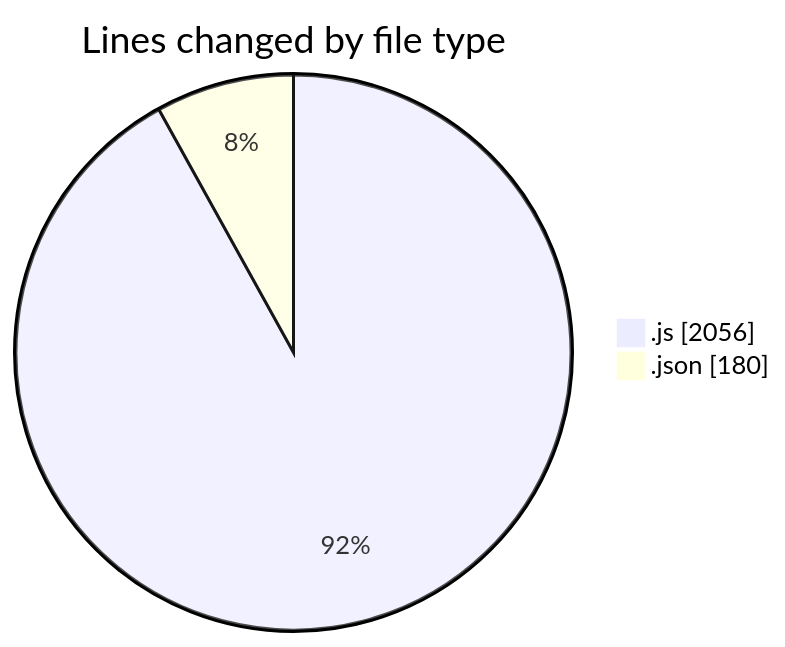
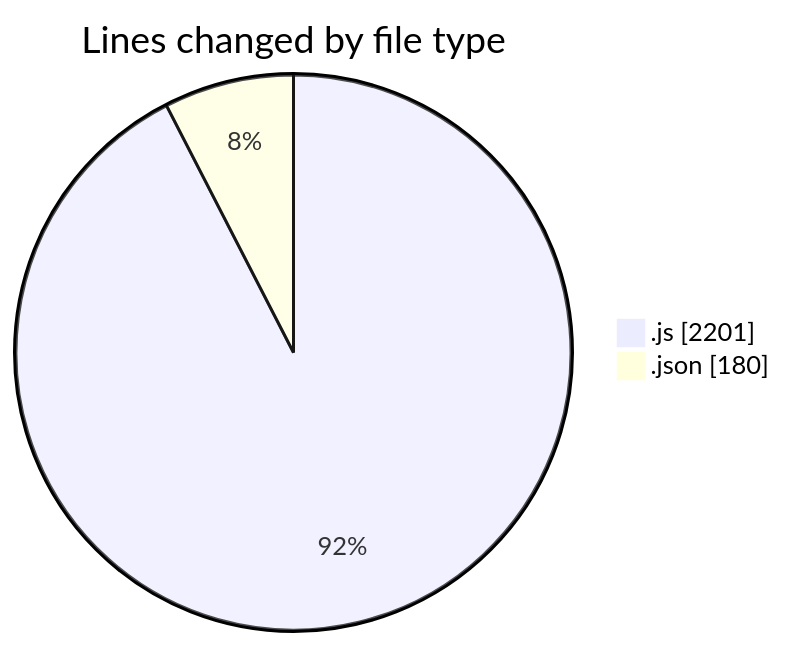
Before and after one commit to Ritupan-Deka/code-tracking: the first of 2 diagrams in 2025-08-03/javascript/README.md, drawn with Mermaid. The commit also changed other lines of this file and 1 other file, not shown here.

````diff
--- a/2025-08-03/javascript/README.md
+++ b/2025-08-03/javascript/README.md
@@ -22,6 +22,6 @@
 ```mermaid
 pie showData
 title Lines changed by file type
-".js" : 2056
+".js" : 2201
 ".json" : 180
 ```
````
